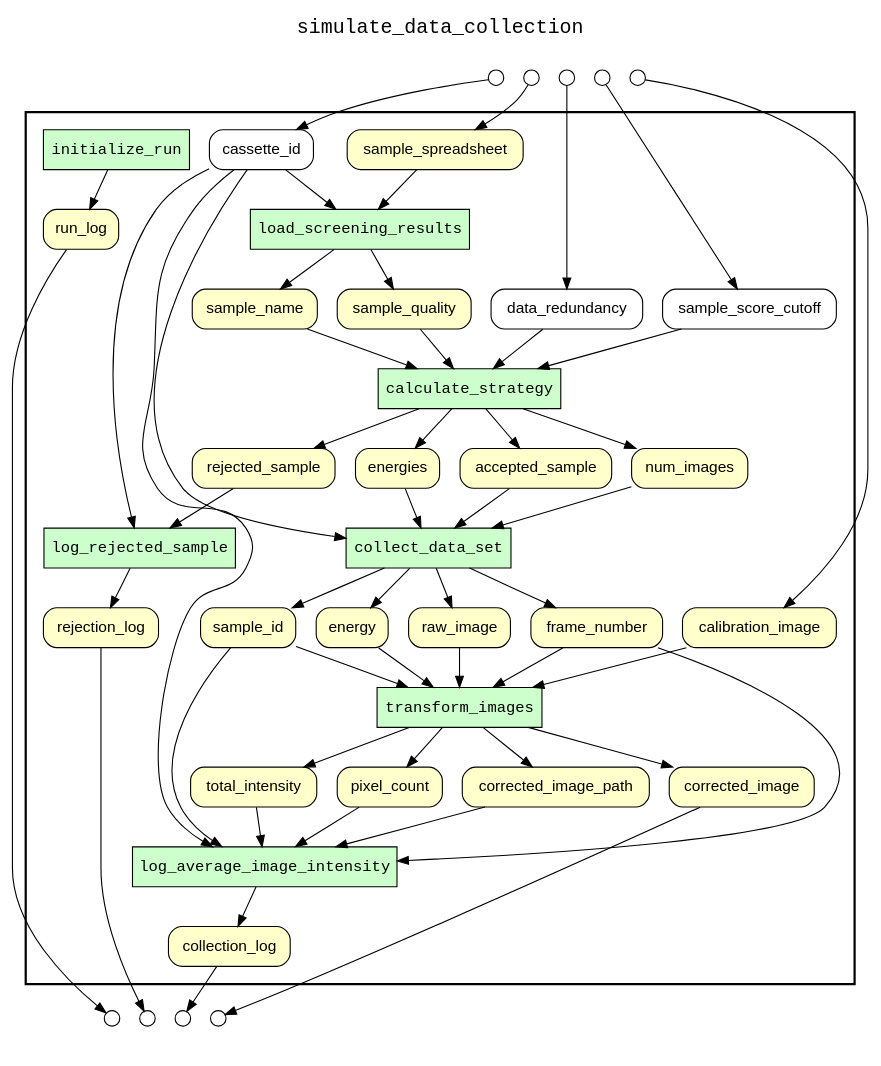
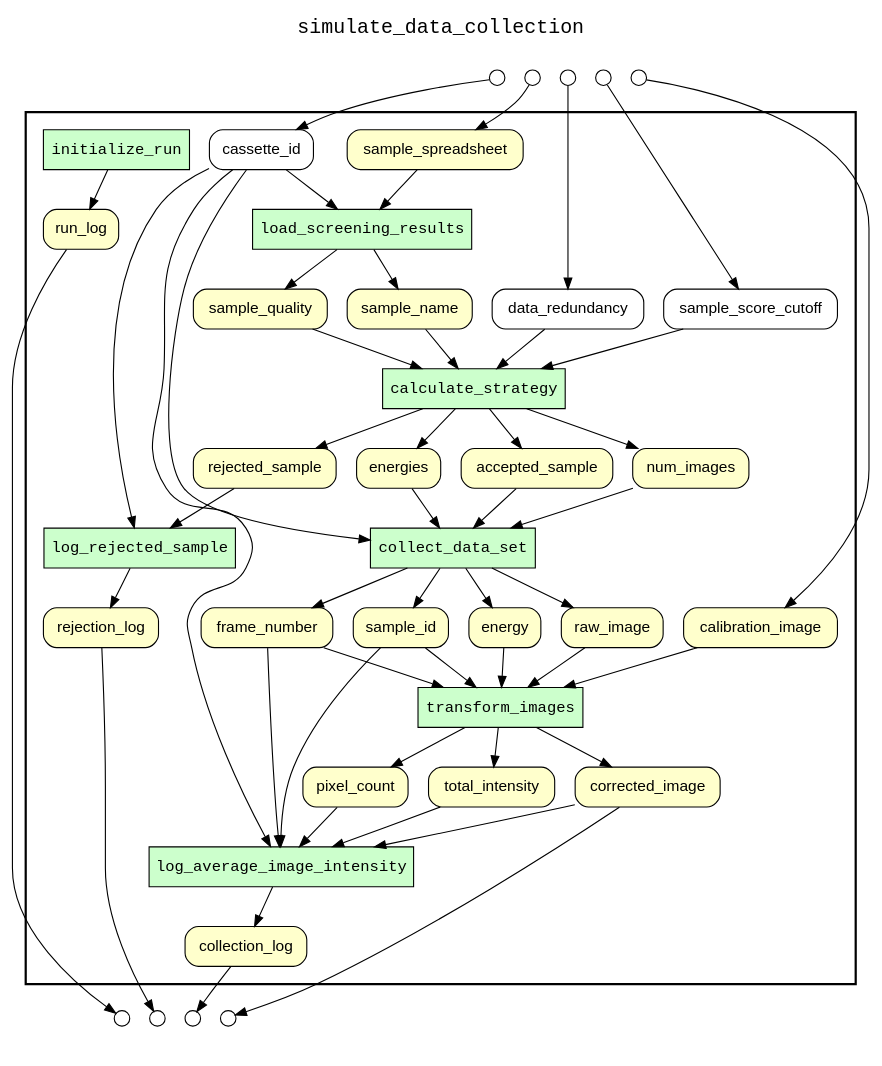
Before and after one commit to yesworkflow-org/yw-noworkflow: the diagram in examples/simulate_data_collection/yw_combined_graph.gv, drawn with Graphviz. The commit also changed 26 other files, not shown here.

```diff
--- a/examples/simulate_data_collection/yw_combined_graph.gv
+++ b/examples/simulate_data_collection/yw_combined_graph.gv
@@ -1,108 +1,106 @@
 
 digraph yw_data_view {
 rankdir=TB
 fontname=Courier; fontsize=18; labelloc=t
 label="simulate_data_collection"
 subgraph cluster_workflow { label=""; color=black; penwidth=2
 subgraph cluster_workflow_inner { label=""; color=white
 node[shape=box style="filled" fillcolor="#CCFFCC" peripheries=1 fontname=Courier]
 initialize_run
 load_screening_results
 calculate_strategy
 log_rejected_sample
 collect_data_set
 transform_images
 log_average_image_intensity
 node[shape=box style="filled" fillcolor="#CCFFCC" peripheries=1 fontname=Courier]
 node[shape=box style="rounded,filled" fillcolor="#FFFFCC" peripheries=1 fontname=Helvetica]
 run_log
 sample_spreadsheet
 sample_name
 sample_quality
 accepted_sample
 rejected_sample
 num_images
 energies
 rejection_log
 sample_id
 energy
 frame_number
 raw_image
 calibration_image
 corrected_image
-corrected_image_path
 total_intensity
 pixel_count
 collection_log
 node[shape=box style="rounded,filled" fillcolor="#FFFFFF" peripheries=1 fontname=Helvetica]
 sample_score_cutoff
 data_redundancy
 cassette_id
 }}
 subgraph cluster_inflows { label=""; color=white; penwidth=2
 subgraph cluster_inflows_inner { label=""; color=white
 node[shape=circle fillcolor="#FFFFFF" peripheries=1 width=0.2]
 sample_spreadsheet_inflow [label=""]
 calibration_image_inflow [label=""]
 sample_score_cutoff_inflow [label=""]
 data_redundancy_inflow [label=""]
 cassette_id_inflow [label=""]
 }}
 subgraph cluster_outflows { label=""; color=white; penwidth=2
 subgraph cluster_outflows_inner { label=""; color=white
 node[shape=circle fillcolor="#FFFFFF" peripheries=1 width=0.2]
 rejection_log_outflow [label=""]
 collection_log_outflow [label=""]
 run_log_outflow [label=""]
 corrected_image_outflow [label=""]
 }}
 cassette_id -> load_screening_results
 cassette_id -> log_rejected_sample
 cassette_id -> collect_data_set
 cassette_id -> log_average_image_intensity
 sample_spreadsheet -> load_screening_results
 sample_name -> calculate_strategy
 sample_quality -> calculate_strategy
 sample_score_cutoff -> calculate_strategy
 data_redundancy -> calculate_strategy
 accepted_sample -> collect_data_set
 rejected_sample -> log_rejected_sample
 num_images -> collect_data_set
 energies -> collect_data_set
 sample_id -> transform_images
 sample_id -> log_average_image_intensity
 energy -> transform_images
 frame_number -> transform_images
 frame_number -> log_average_image_intensity
 raw_image -> transform_images
 calibration_image -> transform_images
-corrected_image_path -> log_average_image_intensity
+corrected_image -> log_average_image_intensity
 total_intensity -> log_average_image_intensity
 pixel_count -> log_average_image_intensity
 initialize_run -> run_log
 load_screening_results -> sample_name
 load_screening_results -> sample_quality
 calculate_strategy -> accepted_sample
 calculate_strategy -> rejected_sample
 calculate_strategy -> num_images
 calculate_strategy -> energies
 log_rejected_sample -> rejection_log
 collect_data_set -> sample_id
 collect_data_set -> energy
 collect_data_set -> frame_number
 collect_data_set -> raw_image
 transform_images -> corrected_image
-transform_images -> corrected_image_path
 transform_images -> total_intensity
 transform_images -> pixel_count
 log_average_image_intensity -> collection_log
 sample_spreadsheet_inflow -> sample_spreadsheet
 calibration_image_inflow -> calibration_image
 sample_score_cutoff_inflow -> sample_score_cutoff
 data_redundancy_inflow -> data_redundancy
 cassette_id_inflow -> cassette_id
 rejection_log -> rejection_log_outflow
 collection_log -> collection_log_outflow
 run_log -> run_log_outflow
 corrected_image -> corrected_image_outflow
 }
```
